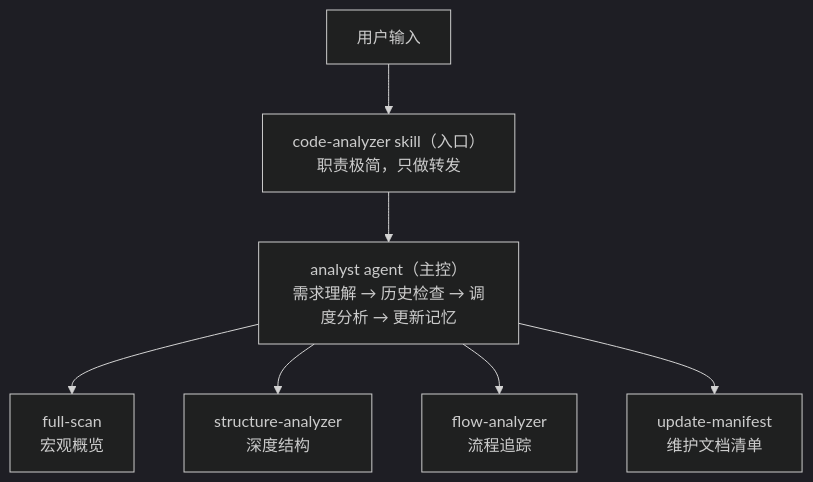
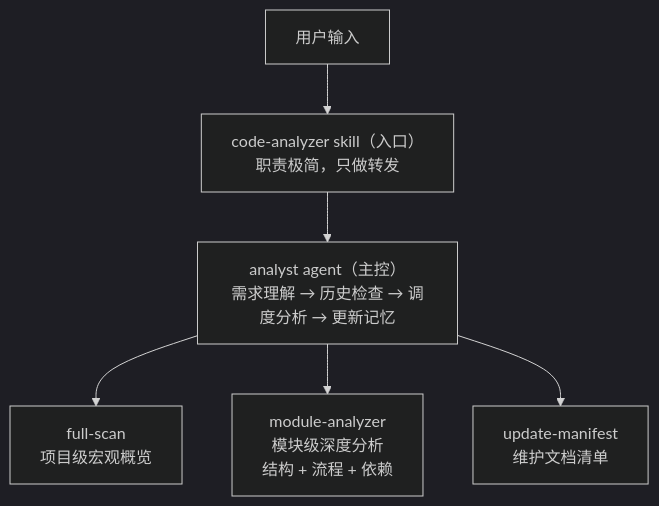
One commit to hproof/claude-market-gamedev changed the diagram in plugins/code-analyzer/docs/design.md. Above: the diagram before and after it, drawn with Mermaid (dark theme). The commit also changed other lines of this file and 7 other files, not shown here.

First line of the commit message:
refactor(code-analyzer): 合并 structure 和 flow 为 module-analyzer

````diff
--- a/plugins/code-analyzer/docs/design.md
+++ b/plugins/code-analyzer/docs/design.md
@@ -11,9 +11,8 @@
 ```mermaid
 graph TD
     User[用户输入] --> Entry["code-analyzer skill（入口）<br/>职责极简，只做转发"]
     Entry --> Agent["analyst agent（主控）<br/>需求理解 → 历史检查 → 调度分析 → 更新记忆"]
-    Agent --> FS[full-scan<br/>宏观概览]
-    Agent --> SA[structure-analyzer<br/>深度结构]
-    Agent --> FA[flow-analyzer<br/>流程追踪]
+    Agent --> FS[full-scan<br/>项目级宏观概览]
+    Agent --> MA[module-analyzer<br/>模块级深度分析<br/>结构 + 流程 + 依赖]
     Agent --> UM[update-manifest<br/>维护文档清单]
 ```
````
